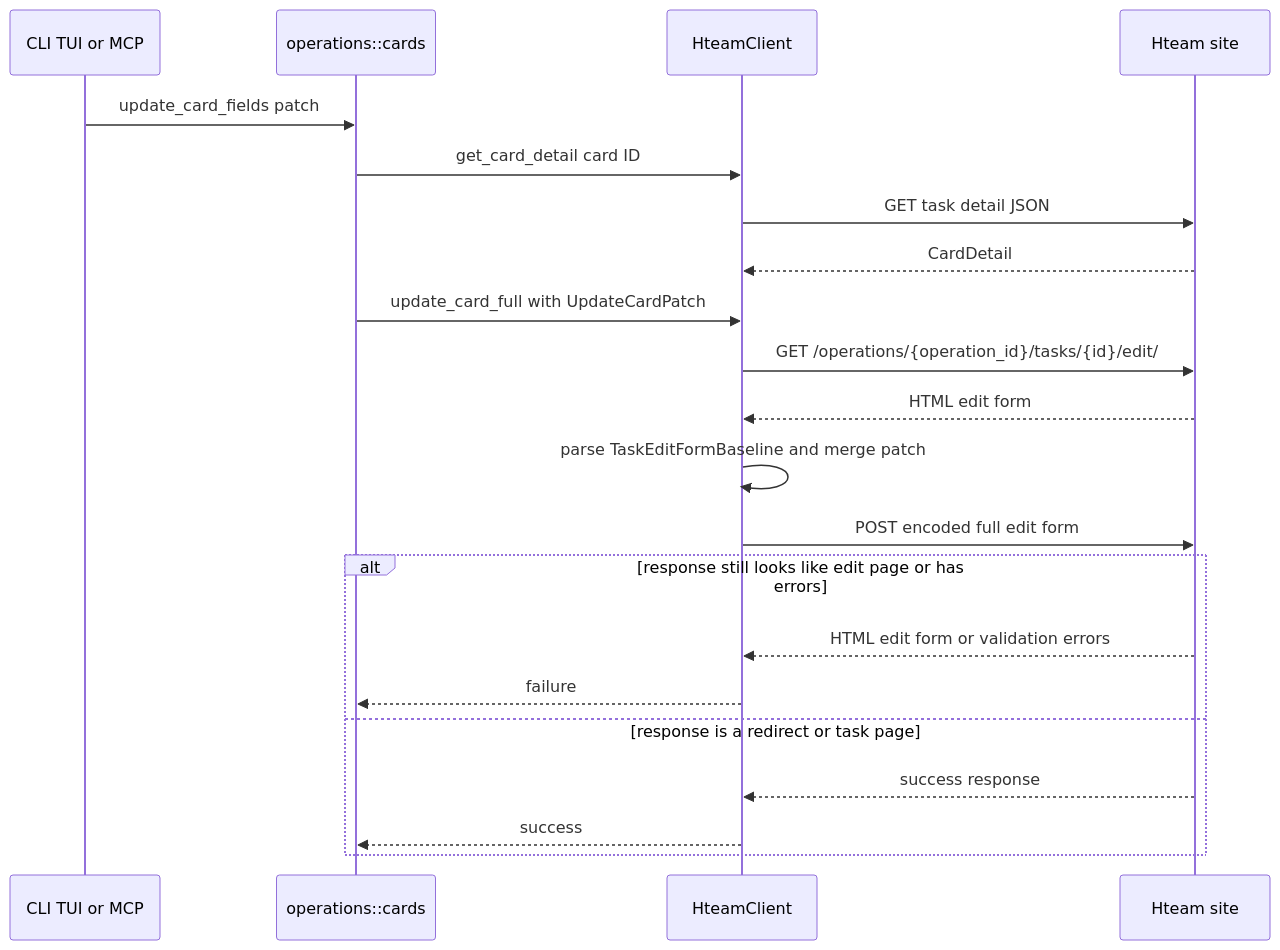
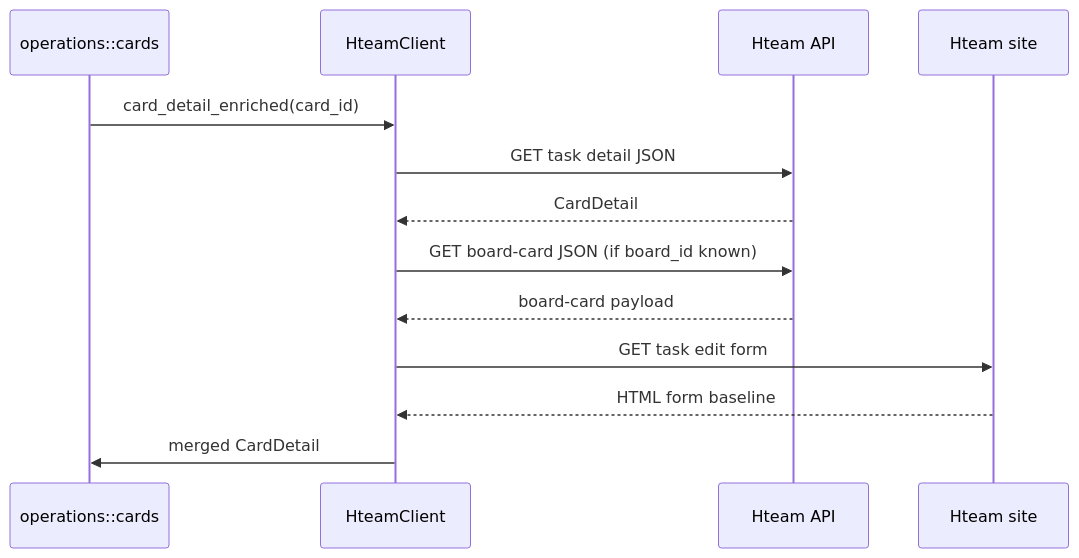
One commit to 4DRIAN0RTIZ/hteam-cli changed the second of 3 diagrams in openwiki/integrations/hteam-api.md. Above: the diagram before and after it, drawn with Mermaid. The commit also changed other lines of this file and 26 other files, not shown here.

````diff
--- a/openwiki/integrations/hteam-api.md
+++ b/openwiki/integrations/hteam-api.md
@@ -150,24 +95,16 @@
 ```mermaid
 sequenceDiagram
-    participant Surface as CLI TUI or MCP
     participant Ops as operations::cards
     participant Client as HteamClient
+    participant API as Hteam API
     participant Site as Hteam site
 
-    Surface->>Ops: update_card_fields patch
-    Ops->>Client: get_card_detail card ID
-    Client->>Site: GET task detail JSON
-    Site-->>Client: CardDetail
-    Ops->>Client: update_card_full with UpdateCardPatch
-    Client->>Site: GET /operations/{operation_id}/tasks/{id}/edit/
-    Site-->>Client: HTML edit form
-    Client->>Client: parse TaskEditFormBaseline and merge patch
-    Client->>Site: POST encoded full edit form
-    alt response still looks like edit page or has errors
-        Site-->>Client: HTML edit form or validation errors
-        Client-->>Ops: failure
-    else response is a redirect or task page
-        Site-->>Client: success response
-        Client-->>Ops: success
-    end
+    Ops->>Client: card_detail_enriched(card_id)
+    Client->>API: GET task detail JSON
+    API-->>Client: CardDetail
+    Client->>API: GET board-card JSON (if board_id known)
+    API-->>Client: board-card payload
+    Client->>Site: GET task edit form
+    Site-->>Client: HTML form baseline
+    Client->>Ops: merged CardDetail
 ```
````
